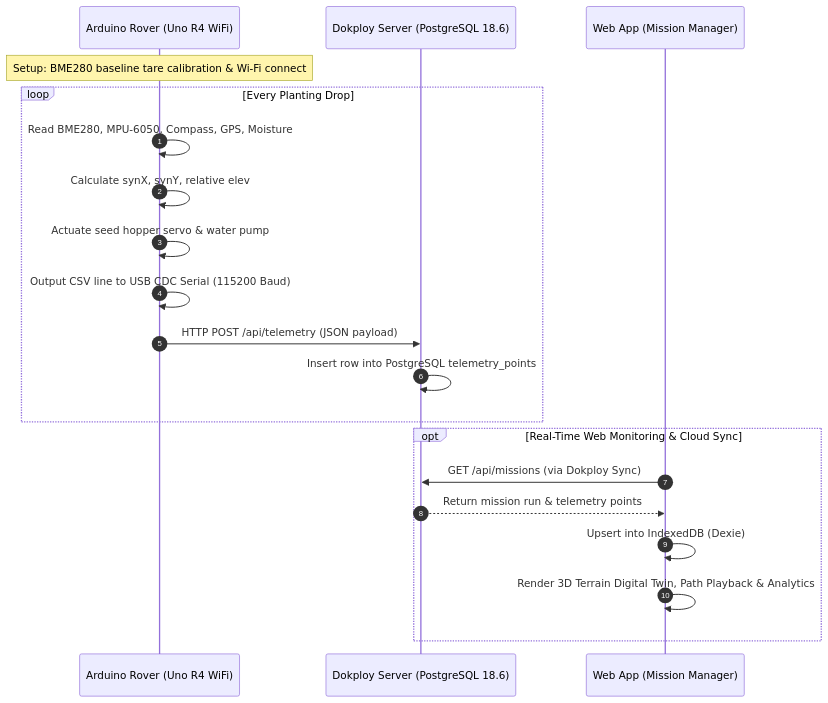
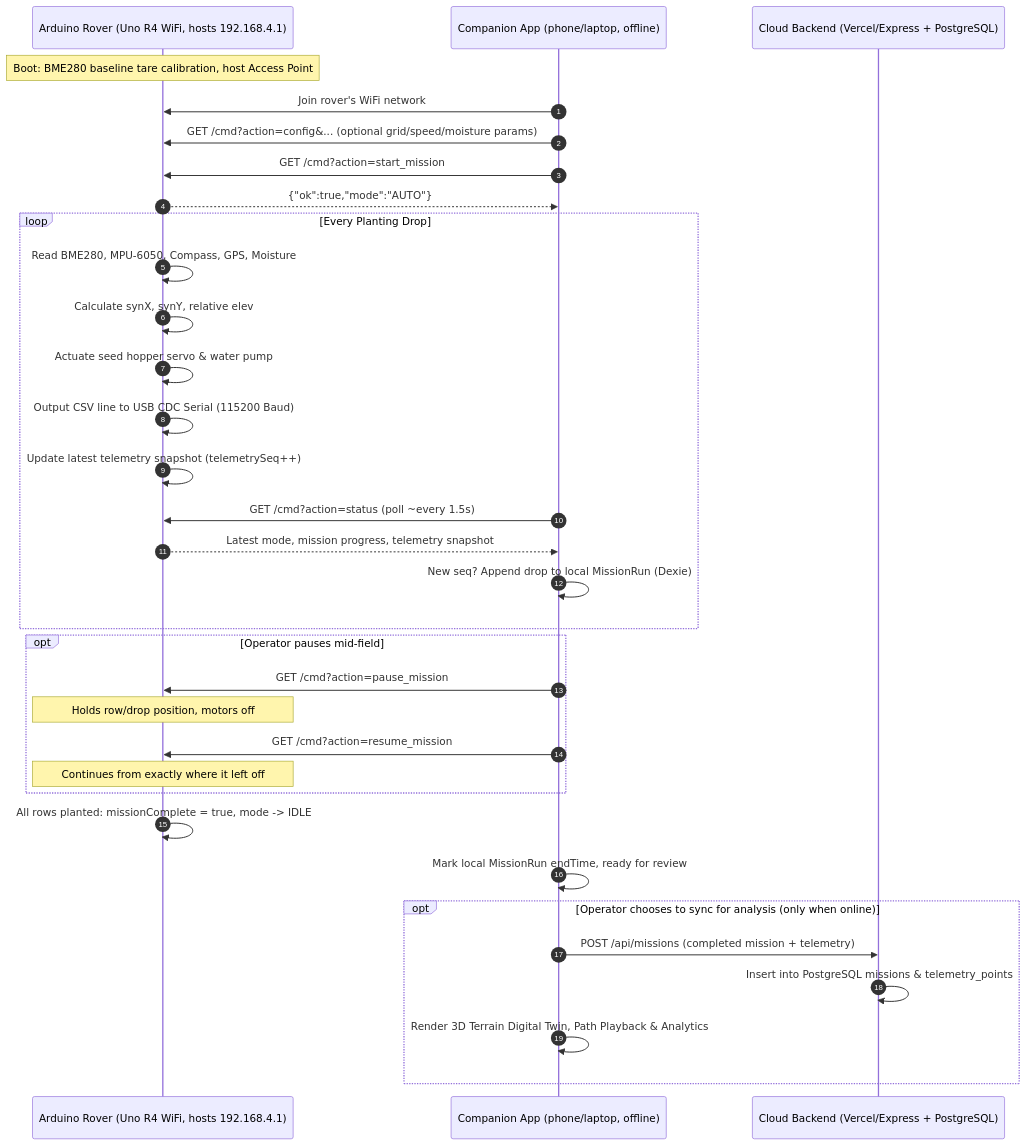
Before and after one commit to Elikplim-N/rover-mission-manager: the fourth of 4 diagrams in docs/ARCHITECTURE_KNOWLEDGE_BASE.md, drawn with Mermaid. The commit also changed other lines of this file, not shown here.

First line of the commit message:
docs: bring architecture knowledge base in line with local-first + AP mode

````diff
--- a/docs/ARCHITECTURE_KNOWLEDGE_BASE.md
+++ b/docs/ARCHITECTURE_KNOWLEDGE_BASE.md
@@ -303,24 +329,40 @@
 ```mermaid
 sequenceDiagram
     autonumber
-    participant R as Arduino Rover (Uno R4 WiFi)
-    participant S as Dokploy Server (PostgreSQL 18.6)
-    participant W as Web App (Mission Manager)
+    participant R as Arduino Rover (Uno R4 WiFi, hosts 192.168.4.1)
+    participant A as Companion App (phone/laptop, offline)
+    participant S as Cloud Backend (Vercel/Express + PostgreSQL)
 
-    Note over R: Setup: BME280 baseline tare calibration & Wi-Fi connect
+    Note over R: Boot: BME280 baseline tare calibration, host Access Point
+    A->>R: Join rover's WiFi network
+    A->>R: GET /cmd?action=config&... (optional grid/speed/moisture params)
+    A->>R: GET /cmd?action=start_mission
+    R-->>A: {"ok":true,"mode":"AUTO"}
+
     loop Every Planting Drop
         R->>R: Read BME280, MPU-6050, Compass, GPS, Moisture
         R->>R: Calculate synX, synY, relative elev
         R->>R: Actuate seed hopper servo & water pump
         R->>R: Output CSV line to USB CDC Serial (115200 Baud)
-        R->>S: HTTP POST /api/telemetry (JSON payload)
-        S->>S: Insert row into PostgreSQL telemetry_points
+        R->>R: Update latest telemetry snapshot (telemetrySeq++)
+        A->>R: GET /cmd?action=status (poll ~every 1.5s)
+        R-->>A: Latest mode, mission progress, telemetry snapshot
+        A->>A: New seq? Append drop to local MissionRun (Dexie)
     end
 
-    opt Real-Time Web Monitoring & Cloud Sync
-        W->>S: GET /api/missions (via Dokploy Sync)
-        S-->>W: Return mission run & telemetry points
-        W->>W: Upsert into IndexedDB (Dexie)
-        W->>W: Render 3D Terrain Digital Twin, Path Playback & Analytics
+    opt Operator pauses mid-field
+        A->>R: GET /cmd?action=pause_mission
+        Note over R: Holds row/drop position, motors off
+        A->>R: GET /cmd?action=resume_mission
+        Note over R: Continues from exactly where it left off
+    end
+
+    R->>R: All rows planted: missionComplete = true, mode -> IDLE
+    A->>A: Mark local MissionRun endTime, ready for review
+
+    opt Operator chooses to sync for analysis (only when online)
+        A->>S: POST /api/missions (completed mission + telemetry)
+        S->>S: Insert into PostgreSQL missions & telemetry_points
+        A->>A: Render 3D Terrain Digital Twin, Path Playback & Analytics
     end
 ```
````
